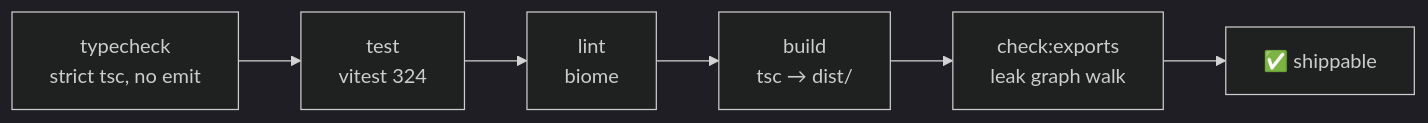
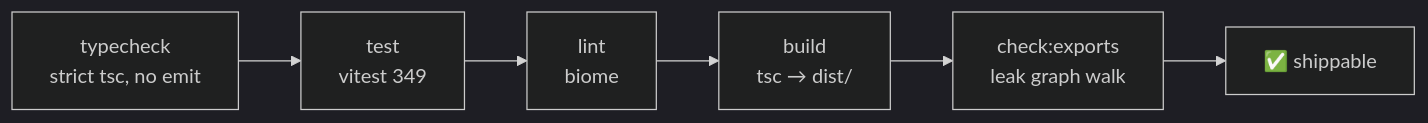
Before and after one commit to Gustavo10Destroyer/libwa-docs: the diagram in development/workflow.md, drawn with Mermaid (dark theme). The commit also changed other lines of this file and 29 other files, not shown here.

````diff
--- a/development/workflow.md
+++ b/development/workflow.md
@@ -60,8 +60,8 @@
 ```mermaid
 flowchart LR
-    A["typecheck<br/>strict tsc, no emit"] --> B["test<br/>vitest 324"]
+    A["typecheck<br/>strict tsc, no emit"] --> B["test<br/>vitest 349"]
     B --> C["lint<br/>biome"]
     C --> D["build<br/>tsc → dist/"]
     D --> E["check:exports<br/>leak graph walk"]
     E --> F["✅ shippable"]
 ```
````
